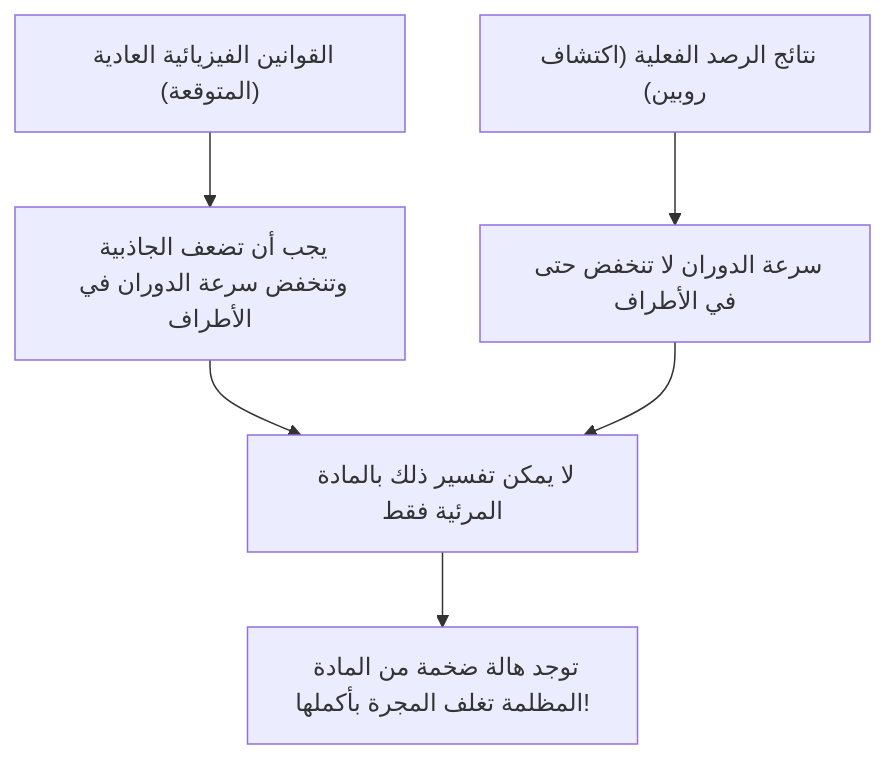
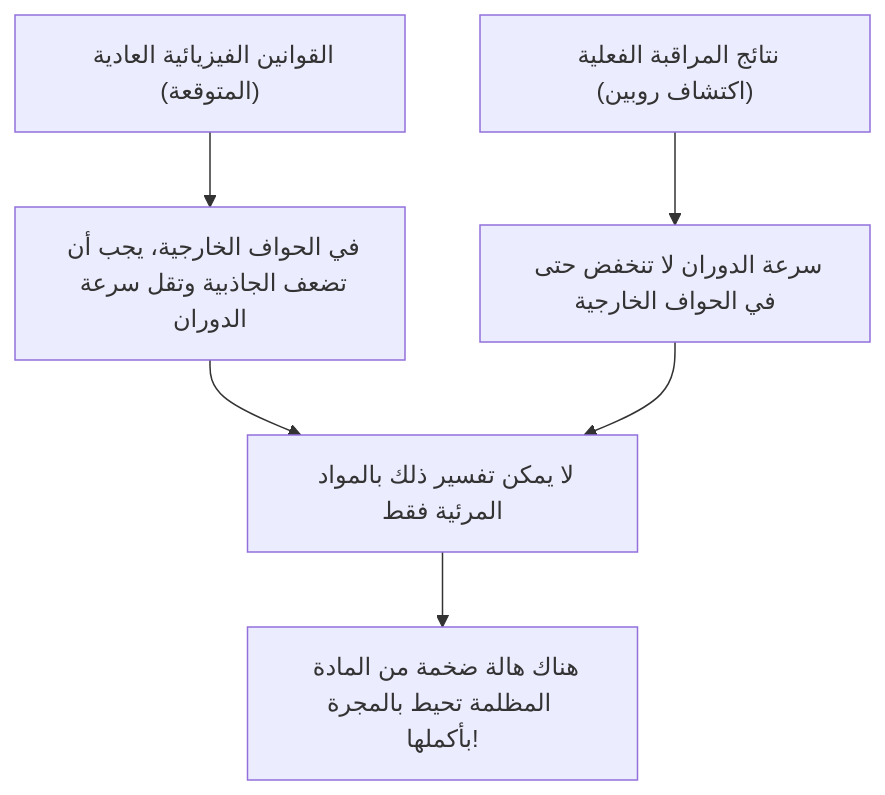
Before and after one commit to kenjinote/blog: the first of 2 diagrams in content/post/dark-matter-dark-energy-mysteries/index.ar.md, drawn with Mermaid. The commit also changed other lines of this file and 12 other files, not shown here.

````diff
--- a/content/post/dark-matter-dark-energy-mysteries/index.ar.md
+++ b/content/post/dark-matter-dark-energy-mysteries/index.ar.md
@@ -31,8 +31,8 @@
 ```mermaid
 graph TD
-    A["القوانين الفيزيائية العادية (المتوقعة)"] --> B["يجب أن تضعف الجاذبية وتنخفض سرعة الدوران في الأطراف"]
-    C["نتائج الرصد الفعلية (اكتشاف روبين)"] --> D["سرعة الدوران لا تنخفض حتى في الأطراف"]
-    B --> E["لا يمكن تفسير ذلك بالمادة المرئية فقط"]
+    A["القوانين الفيزيائية العادية (المتوقعة)"] --> B["في الحواف الخارجية، يجب أن تضعف الجاذبية وتقل سرعة الدوران"]
+    C["نتائج المراقبة الفعلية (اكتشاف روبين)"] --> D["سرعة الدوران لا تنخفض حتى في الحواف الخارجية"]
+    B --> E["لا يمكن تفسير ذلك بالمواد المرئية فقط"]
     D --> E
-    E --> F["توجد هالة ضخمة من المادة المظلمة تغلف المجرة بأكملها!"]
+    E --> F["هناك هالة ضخمة من المادة المظلمة تحيط بالمجرة بأكملها!"]
 ```
````
